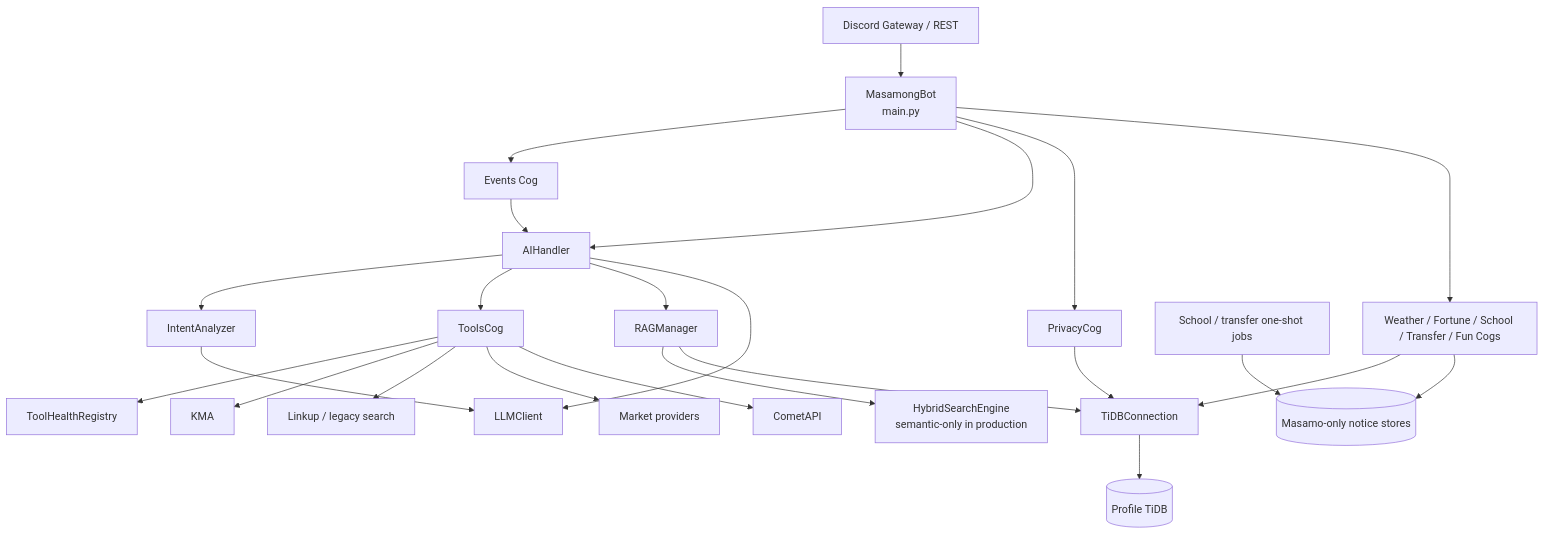
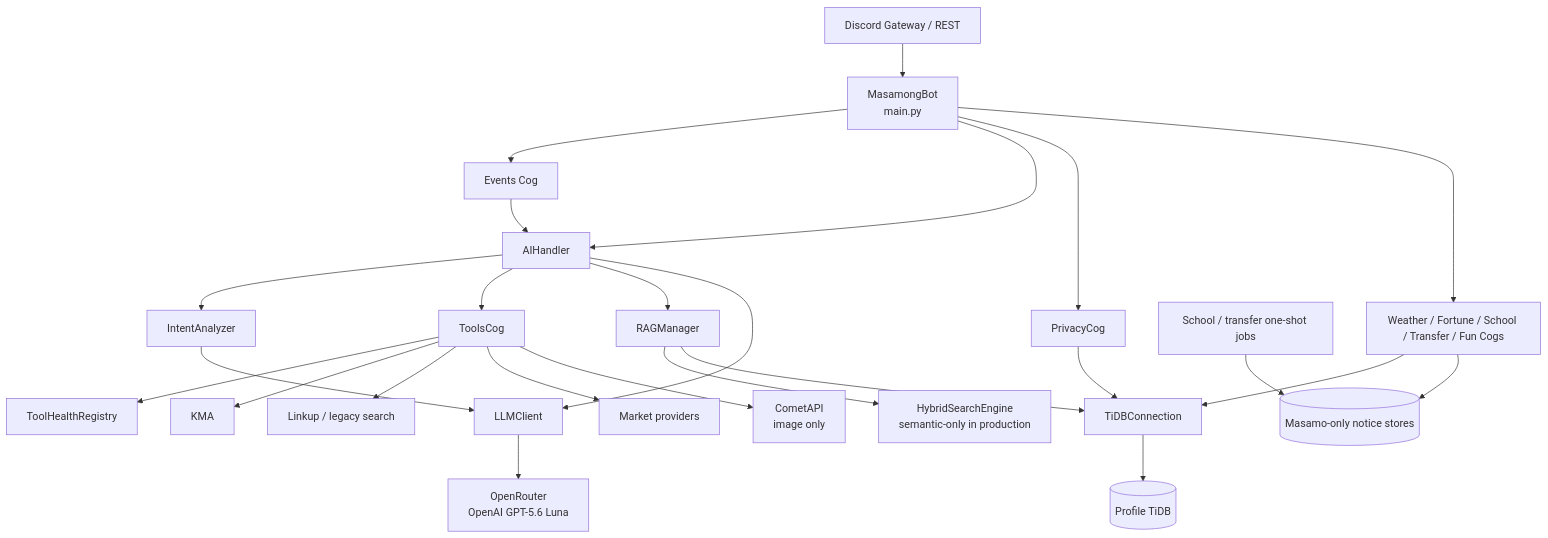
One commit to kim0040/masamong changed the first of 11 diagrams in docs/UML_SPEC.ko.md. Above: the diagram before and after it, drawn with Mermaid. The commit also changed 27 other files, not shown here.

Commit message:
feat: move text lanes to OpenRouter Luna

````diff
--- a/docs/UML_SPEC.ko.md
+++ b/docs/UML_SPEC.ko.md
@@ -10,47 +10,49 @@
 ```mermaid
 flowchart TB
     Discord["Discord Gateway / REST"]
     Main["MasamongBot<br/>main.py"]
     Events["Events Cog"]
     AI["AIHandler"]
     Intent["IntentAnalyzer"]
     LLM["LLMClient"]
     Tools["ToolsCog"]
     Health["ToolHealthRegistry"]
     RAG["RAGManager"]
     Search["HybridSearchEngine<br/>semantic-only in production"]
     Privacy["PrivacyCog"]
     Feature["Weather / Fortune / School / Transfer / Fun Cogs"]
     DB["TiDBConnection"]
     TiDB[("Profile TiDB")]
     KMA["KMA"]
     SearchAPI["Linkup / legacy search"]
     Market["Market providers"]
-    Comet["CometAPI"]
+    OpenRouter["OpenRouter<br/>OpenAI GPT-5.6 Luna"]
+    Comet["CometAPI<br/>image only"]
     Notice["School / transfer one-shot jobs"]
     Local[("Masamo-only notice stores")]
 
     Discord --> Main
     Main --> Events
     Main --> AI
     Main --> Privacy
     Main --> Feature
     Events --> AI
     AI --> Intent
     AI --> Tools
     AI --> RAG
     AI --> LLM
     Intent --> LLM
+    LLM --> OpenRouter
     Tools --> Health
     Tools --> KMA
     Tools --> SearchAPI
     Tools --> Market
     Tools --> Comet
     RAG --> Search
     RAG --> DB
     Privacy --> DB
     Feature --> DB
     DB --> TiDB
     Notice --> Local
     Feature --> Local
 ```
````
